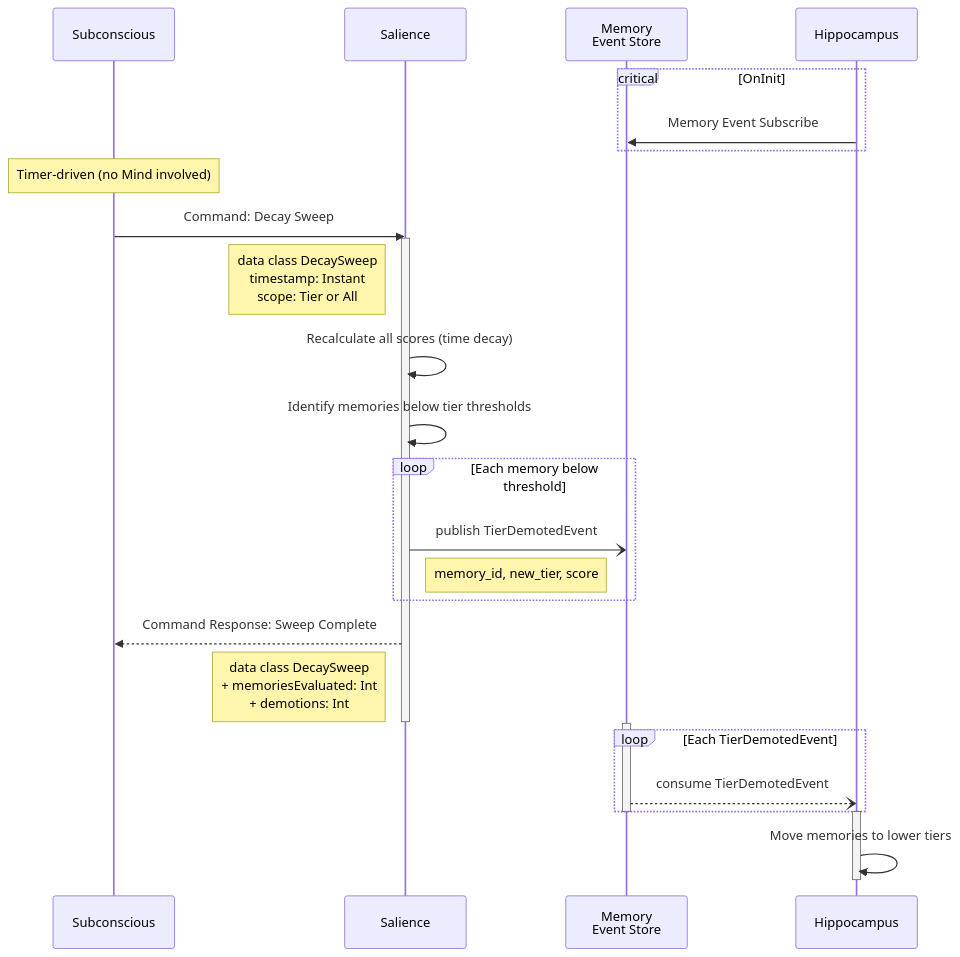
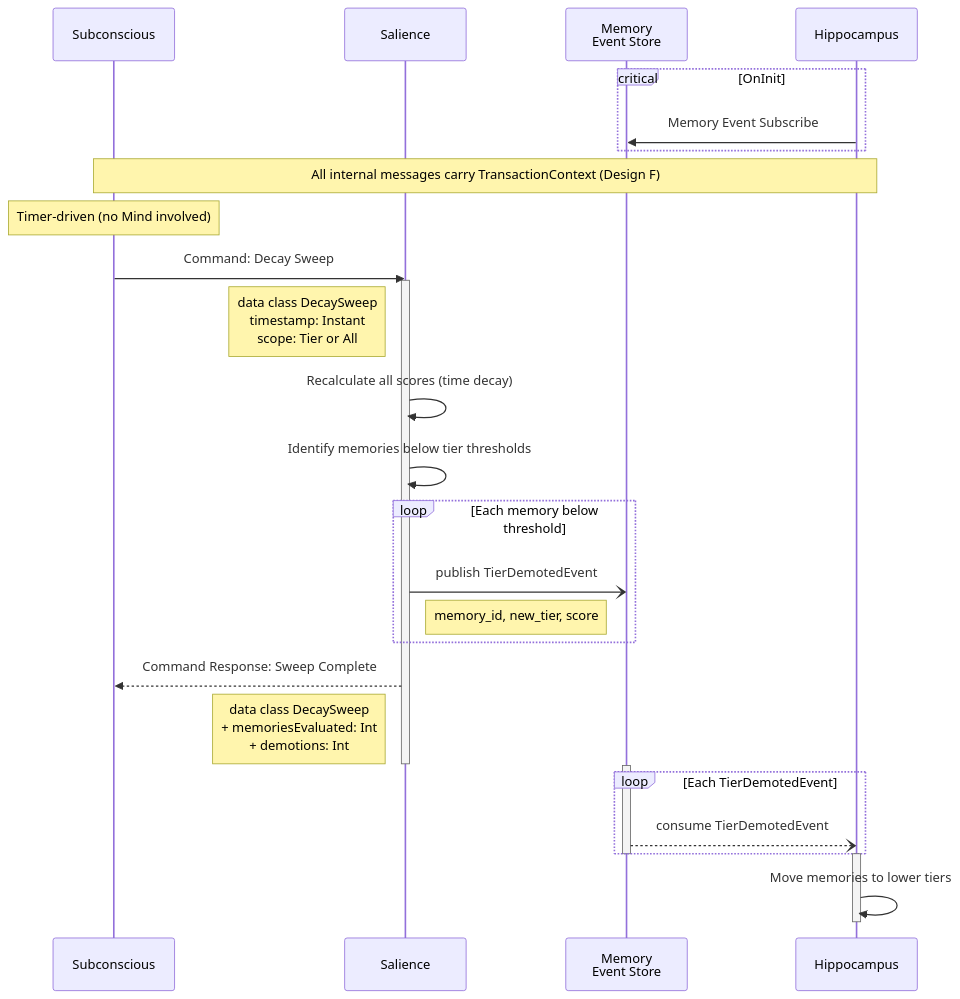
One commit to Mimis-Gildi/mcp-total-recall changed the diagram in site/_includes/diagrams/msg-0004-decay-sweep.mmd. Above: the diagram before and after it, drawn with Mermaid. The commit also changed 15 other files, not shown here.

Commit message:
Transaction Context added in diagrams.

```diff
--- a/site/_includes/diagrams/msg-0004-decay-sweep.mmd
+++ b/site/_includes/diagrams/msg-0004-decay-sweep.mmd
@@ -1,36 +1,38 @@
 sequenceDiagram
     participant SB as Subconscious
     participant SL as Salience
     participant ES as Memory<br/> Event Store
     participant HP as Hippocampus
 
     critical OnInit
         HP ->> ES: Memory Event Subscribe
     end
+
+    Note over SB,HP: All internal messages carry TransactionContext (Design F)
 
     Note over SB: Timer-driven (no Mind involved)
     SB->>SL: Command: Decay Sweep
     activate SL
     Note left of SL: data class DecaySweep<br/>timestamp: Instant<br/>scope: Tier or All
 
     SL->>SL: Recalculate all scores (time decay)
     SL->>SL: Identify memories below tier thresholds
 
     loop Each memory below threshold
         SL-)ES: publish TierDemotedEvent
         Note right of SL: memory_id, new_tier, score
     end
 
     SL-->>SB: Command Response: Sweep Complete
     Note left of SL: data class DecaySweep<br/>+ memoriesEvaluated: Int<br/>+ demotions: Int
     deactivate SL
 
     activate ES
     loop Each TierDemotedEvent
         ES--)HP: consume TierDemotedEvent
     end
     deactivate ES
 
     activate HP
     HP->>HP: Move memories to lower tiers
     deactivate HP
```
